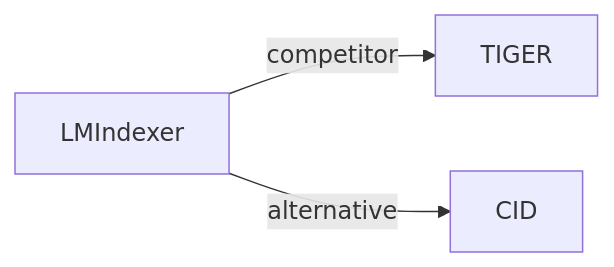
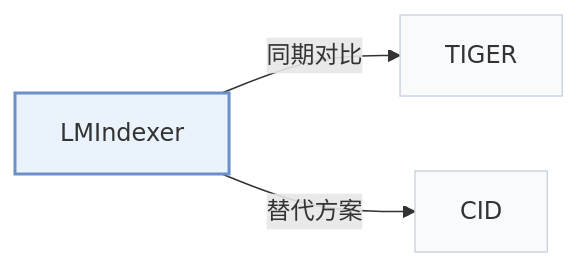
The second of 2 diagrams in pages/zh/papers/lmindexer.md (Galaxy-ghost/Awesome-SID-Generative-Rec), drawn with Mermaid before and after one commit. The commit also changed other lines of this file and 649 other files, not shown here.

Commit message:
writer-05: also tags and modality index (schema, check, build, visuals); summary field removed; calibration data for 12 papers

````diff
--- a/pages/zh/papers/lmindexer.md
+++ b/pages/zh/papers/lmindexer.md
@@ -69,6 +74,10 @@
 ```mermaid
 flowchart LR
     P["LMIndexer"]
-    P -->|competitor| A["TIGER"]
-    P -->|alternative| B["CID"]
+    P -->|"同期对比"| A["TIGER"]
+    P -->|"替代方案"| B["CID"]
+    classDef main fill:#eaf2fb,stroke:#6b8fc7,stroke-width:2px
+    classDef peer fill:#f8fafc,stroke:#cbd5e1
+    class P main
+    class A,B peer
 ```
````
